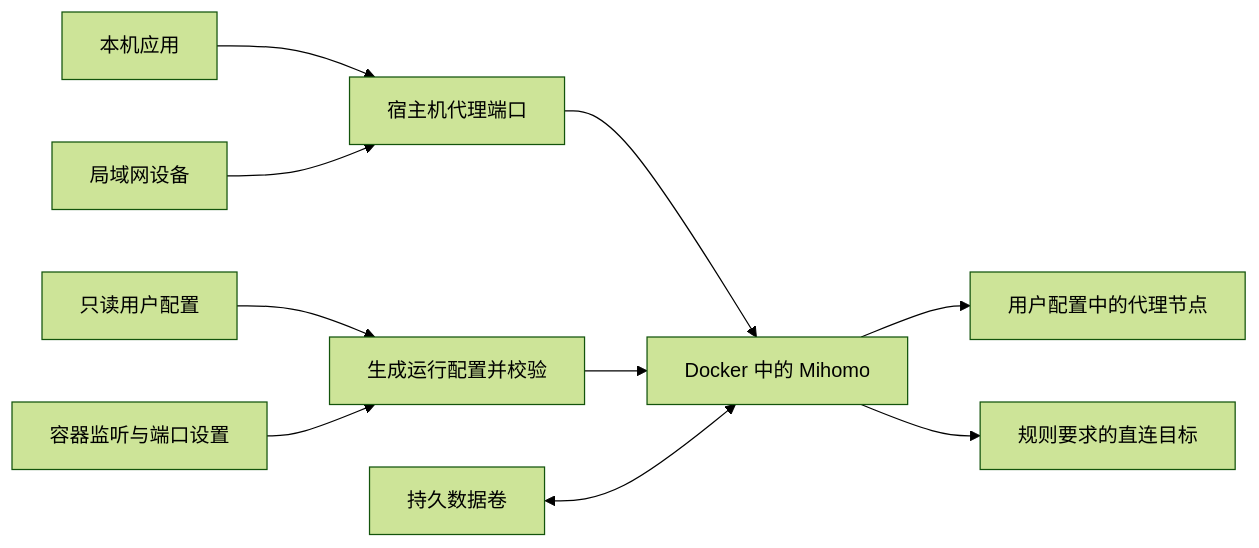
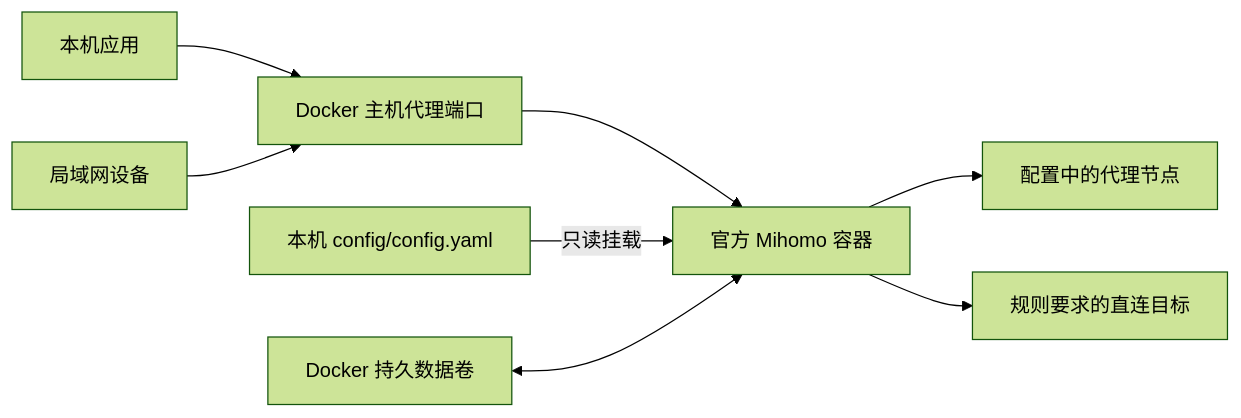
One commit to OopsLouie/clash-box changed the diagram in docs/design.md. Above: the diagram before and after it, drawn with Mermaid (forest theme). The commit also changed other lines of this file and 6 other files, not shown here.

````diff
--- a/docs/design.md
+++ b/docs/design.md
@@ -31,12 +11,10 @@
 ```mermaid
 flowchart LR
-    Local[本机应用] --> Entry[宿主机代理端口]
-    LAN[局域网设备] --> Entry
-    Entry --> Core[Docker 中的 Mihomo]
-    Input[只读用户配置] --> Merge[生成运行配置并校验]
-    Defaults[容器监听与端口设置] --> Merge
-    Merge --> Core
-    Core --> Nodes[用户配置中的代理节点]
+    Local[本机应用] --> Ports[Docker 主机代理端口]
+    LAN[局域网设备] --> Ports
+    Ports --> Core[官方 Mihomo 容器]
+    Config[本机 config/config.yaml] -->|只读挂载| Core
+    Data[Docker 持久数据卷] <--> Core
+    Core --> Nodes[配置中的代理节点]
     Core --> Direct[规则要求的直连目标]
-    Store[持久数据卷] <--> Core
 ```
````
